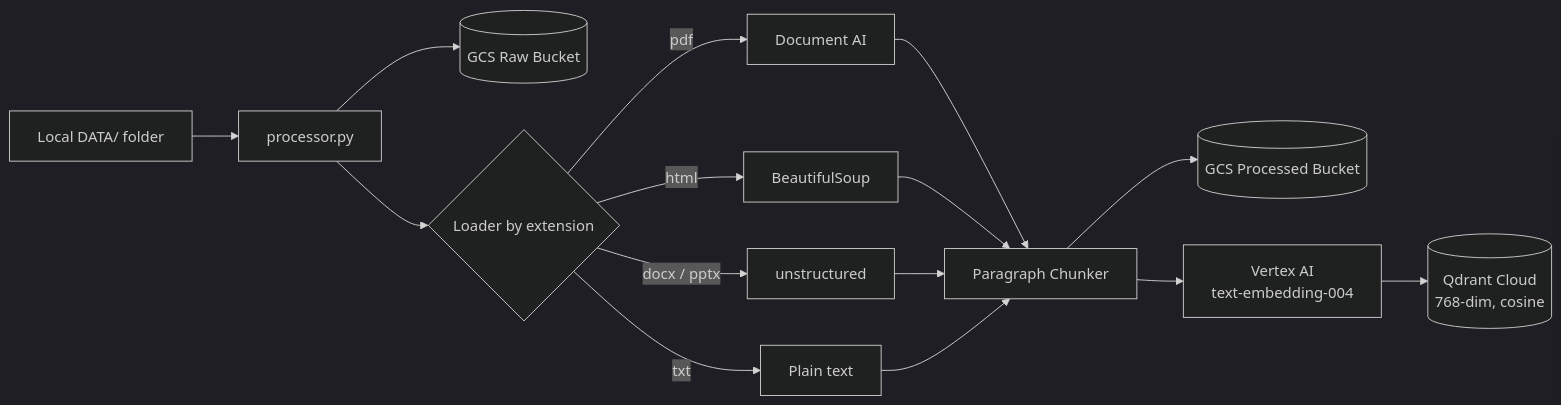
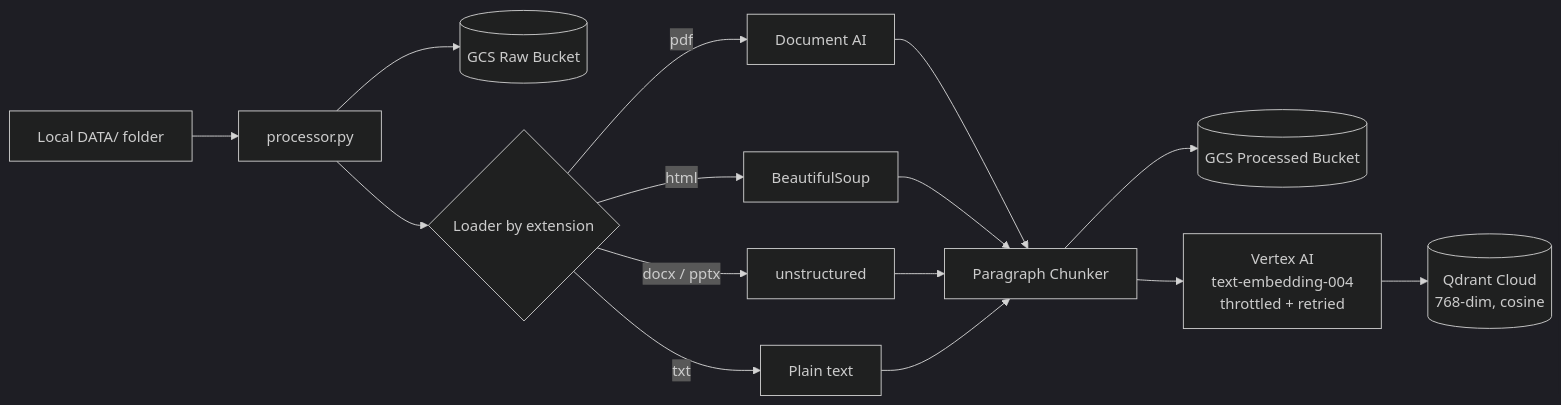
The third of 5 diagrams in README.md (lalithdabilpuram01/enterprise_rag-with-GCP), drawn with Mermaid (dark theme) before and after one commit. The commit also changed other lines of this file and 1 other file, not shown here.

````diff
--- a/README.md
+++ b/README.md
@@ -48,14 +94,14 @@
 ```mermaid
 graph LR
     Files[Local DATA/ folder] --> Proc[processor.py]
     Proc --> Raw[(GCS Raw Bucket)]
     Proc --> Loaders{Loader by extension}
     Loaders -->|pdf| DocAI[Document AI]
     Loaders -->|html| BS4[BeautifulSoup]
     Loaders -->|docx / pptx| Unst[unstructured]
     Loaders -->|txt| Txt[Plain text]
     DocAI & BS4 & Unst & Txt --> Chunk[Paragraph Chunker]
     Chunk --> Processed[(GCS Processed Bucket)]
-    Chunk --> Embed[Vertex AI<br/>text-embedding-004]
+    Chunk --> Embed[Vertex AI<br/>text-embedding-004<br/>throttled + retried]
     Embed --> Qdrant[(Qdrant Cloud<br/>768-dim, cosine)]
 ```
````
